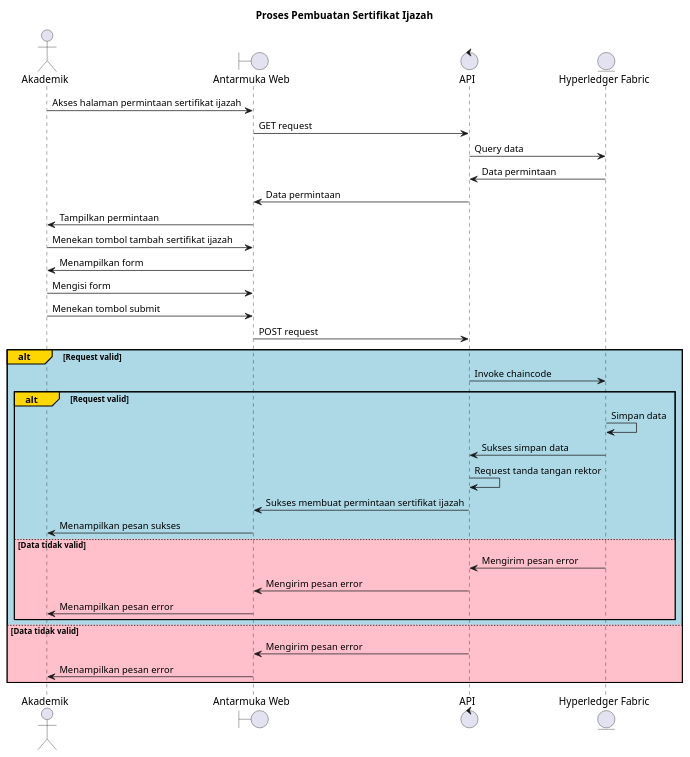
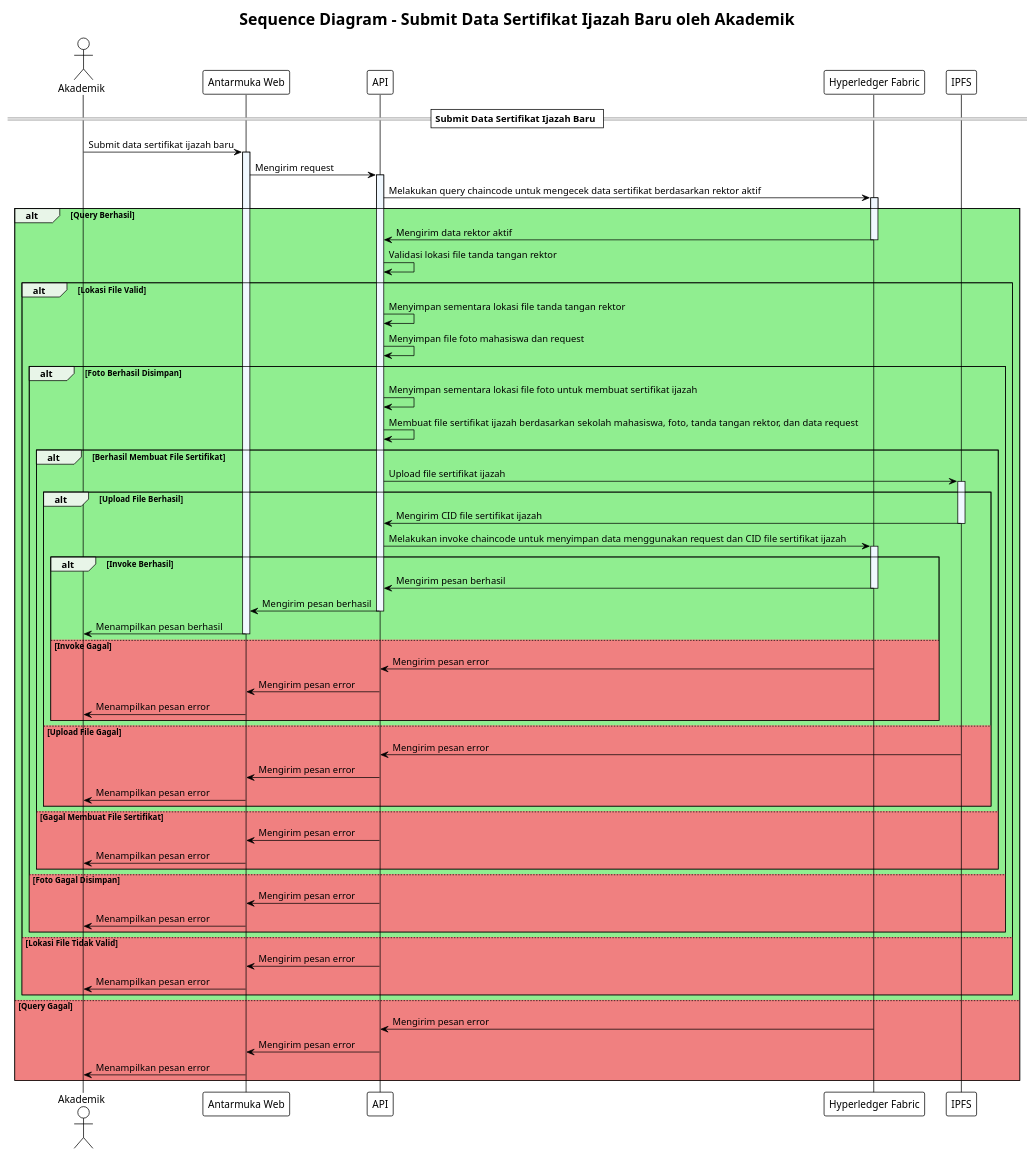
Before and after one commit to nas11ai/tugas-akhir: the diagram in requirement/sequence-diagram/SD-3.plantuml, drawn with PlantUML. The commit also changed 7 other files, not shown here.

Commit message:
feat: update sequence diagram

```diff
--- a/requirement/sequence-diagram/SD-3.plantuml
+++ b/requirement/sequence-diagram/SD-3.plantuml
@@ -1,43 +1,118 @@
 @startuml SD-3
+!theme plain
+title Sequence Diagram - Submit Data Sertifikat Ijazah Baru oleh Akademik
 
-title Proses Pembuatan Sertifikat Ijazah
+skinparam sequenceGroupBackgroundColor #E8F5E8
+skinparam sequenceLifeLineBackgroundColor #F0F8FF
 
-actor       Akademik                      as user
-boundary    "Antarmuka Web"               as ui
-control     API                           as api
-entity      "Hyperledger Fabric"          as fabric
+actor Akademik
+participant "Antarmuka Web" as Web
+participant "API" as API
+participant "Hyperledger Fabric" as HLF
+participant "IPFS" as IPFS
 
-user -> ui : Akses halaman permintaan sertifikat ijazah
-ui -> api : GET request
-api -> fabric: Query data
-fabric -> api: Data permintaan
-api -> ui: Data permintaan
-ui -> user: Tampilkan permintaan
+== Submit Data Sertifikat Ijazah Baru ==
+Akademik -> Web: Submit data sertifikat ijazah baru
+activate Web
 
-user -> ui : Menekan tombol tambah sertifikat ijazah
-ui -> user: Menampilkan form
-user -> ui: Mengisi form
-user-> ui: Menekan tombol submit
-ui -> api : POST request
+Web -> API: Mengirim request
+activate API
 
-alt#Gold #LightBlue Request valid
-    api -> fabric: Invoke chaincode
+API -> HLF: Melakukan query chaincode untuk mengecek data sertifikat berdasarkan rektor aktif
+activate HLF
 
-    alt#Gold #LightBlue Request valid
-        fabric -> fabric: Simpan data
-        fabric -> api: Sukses simpan data
-        api -> api: Request tanda tangan rektor
-        api -> ui: Sukses membuat permintaan sertifikat ijazah
-        ui -> user: Menampilkan pesan sukses
-    else #Pink Data tidak valid
-        fabric -> api: Mengirim pesan error
-        api -> ui: Mengirim pesan error
-        ui -> user: Menampilkan pesan error
+alt #lightgreen Query Berhasil
+    HLF -> API: Mengirim data rektor aktif
+    deactivate HLF
+    
+    API -> API: Validasi lokasi file tanda tangan rektor
+    
+    alt #lightgreen Lokasi File Valid
+        API -> API: Menyimpan sementara lokasi file tanda tangan rektor
+        
+        API -> API: Menyimpan file foto mahasiswa dan request
+        
+        alt #lightgreen Foto Berhasil Disimpan
+            API -> API: Menyimpan sementara lokasi file foto untuk membuat sertifikat ijazah
+            
+            API -> API: Membuat file sertifikat ijazah berdasarkan sekolah mahasiswa, foto, tanda tangan rektor, dan data request
+            
+            alt #lightgreen Berhasil Membuat File Sertifikat
+                API -> IPFS: Upload file sertifikat ijazah
+                activate IPFS
+                
+                alt #lightgreen Upload File Berhasil
+                    IPFS -> API: Mengirim CID file sertifikat ijazah
+                    deactivate IPFS
+                    
+                    API -> HLF: Melakukan invoke chaincode untuk menyimpan data menggunakan request dan CID file sertifikat ijazah
+                    activate HLF
+                    
+                    alt #lightgreen Invoke Berhasil
+                        HLF -> API: Mengirim pesan berhasil
+                        deactivate HLF
+                        
+                        API -> Web: Mengirim pesan berhasil
+                        deactivate API
+                        
+                        Web -> Akademik: Menampilkan pesan berhasil
+                        deactivate Web
+                        
+                    else #lightcoral Invoke Gagal
+                        HLF -> API: Mengirim pesan error
+                        deactivate HLF
+                        
+                        API -> Web: Mengirim pesan error
+                        deactivate API
+                        
+                        Web -> Akademik: Menampilkan pesan error
+                        deactivate Web
+                    end
+                    
+                else #lightcoral Upload File Gagal
+                    IPFS -> API: Mengirim pesan error
+                    deactivate IPFS
+                    
+                    API -> Web: Mengirim pesan error
+                    deactivate API
+                    
+                    Web -> Akademik: Menampilkan pesan error
+                    deactivate Web
+                end
+                
+            else #lightcoral Gagal Membuat File Sertifikat
+                API -> Web: Mengirim pesan error
+                deactivate API
+                
+                Web -> Akademik: Menampilkan pesan error
+                deactivate Web
+            end
+            
+        else #lightcoral Foto Gagal Disimpan
+            API -> Web: Mengirim pesan error
+            deactivate API
+            
+            Web -> Akademik: Menampilkan pesan error
+            deactivate Web
+        end
+        
+    else #lightcoral Lokasi File Tidak Valid
+        API -> Web: Mengirim pesan error
+        deactivate API
+        
+        Web -> Akademik: Menampilkan pesan error
+        deactivate Web
     end
-
-else #Pink Data tidak valid
-    api -> ui: Mengirim pesan error
-    ui -> user: Menampilkan pesan error
+    
+else #lightcoral Query Gagal
+    HLF -> API: Mengirim pesan error
+    deactivate HLF
+    
+    API -> Web: Mengirim pesan error
+    deactivate API
+    
+    Web -> Akademik: Menampilkan pesan error
+    deactivate Web
 end
 
 @enduml
```
